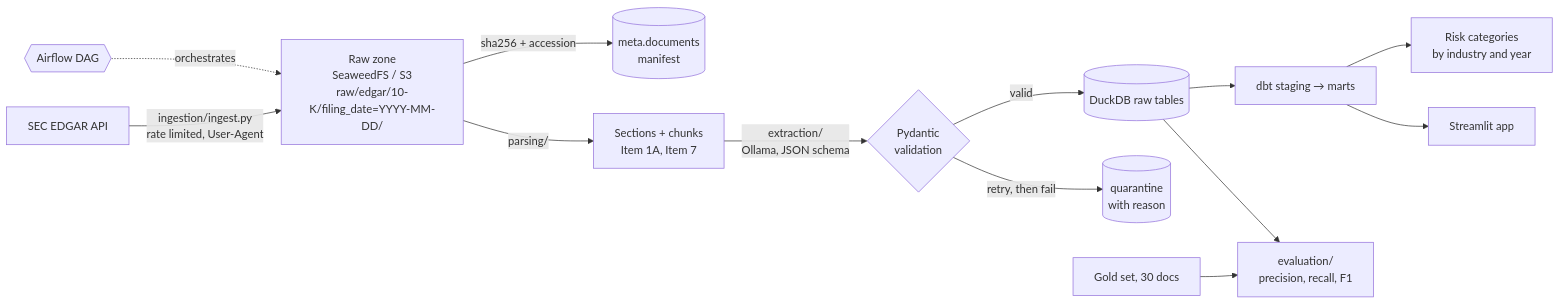
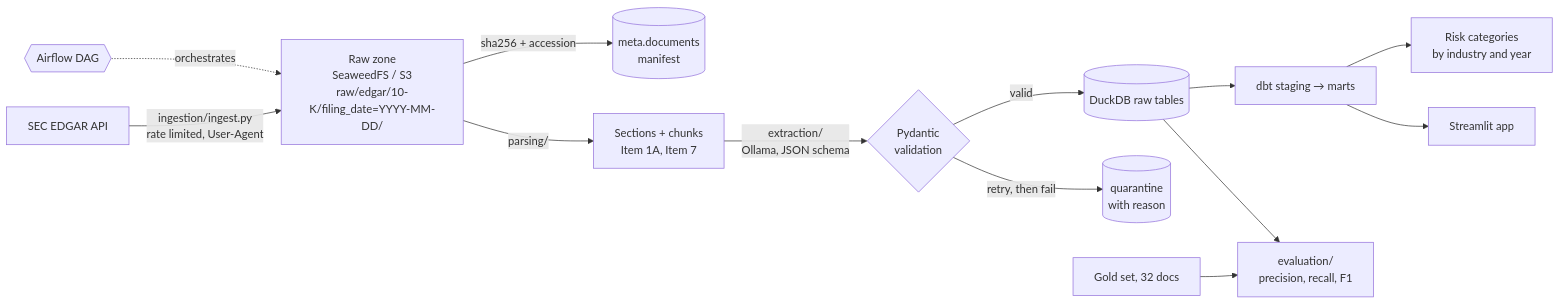
One commit to khus-hi/sec-fillings-pipeline changed the diagram in README.md. Above: the diagram before and after it, drawn with Mermaid. The commit also changed other lines of this file and 3 other files, not shown here.

First line of the commit message:
Record gold-set evaluation results; gold set is 32 filings

````diff
--- a/README.md
+++ b/README.md
@@ -10,15 +10,15 @@
 ```mermaid
 flowchart LR
     AF{{Airflow DAG}} -.orchestrates.-> I
     E[SEC EDGAR API] -->|ingestion/ingest.py<br/>rate limited, User-Agent| I[Raw zone<br/>SeaweedFS / S3<br/>raw/edgar/10-K/filing_date=YYYY-MM-DD/]
     I -->|sha256 + accession| M[(meta.documents<br/>manifest)]
     I -->|parsing/| P[Sections + chunks<br/>Item 1A, Item 7]
     P -->|extraction/<br/>Ollama, JSON schema| X{Pydantic<br/>validation}
     X -->|valid| W[(DuckDB raw tables)]
     X -->|retry, then fail| Q[(quarantine<br/>with reason)]
     W --> D[dbt staging → marts]
     D --> R[Risk categories<br/>by industry and year]
     D --> APP[Streamlit app]
-    G[Gold set, 30 docs] --> EV[evaluation/<br/>precision, recall, F1]
+    G[Gold set, 32 docs] --> EV[evaluation/<br/>precision, recall, F1]
     W --> EV
 ```
````
